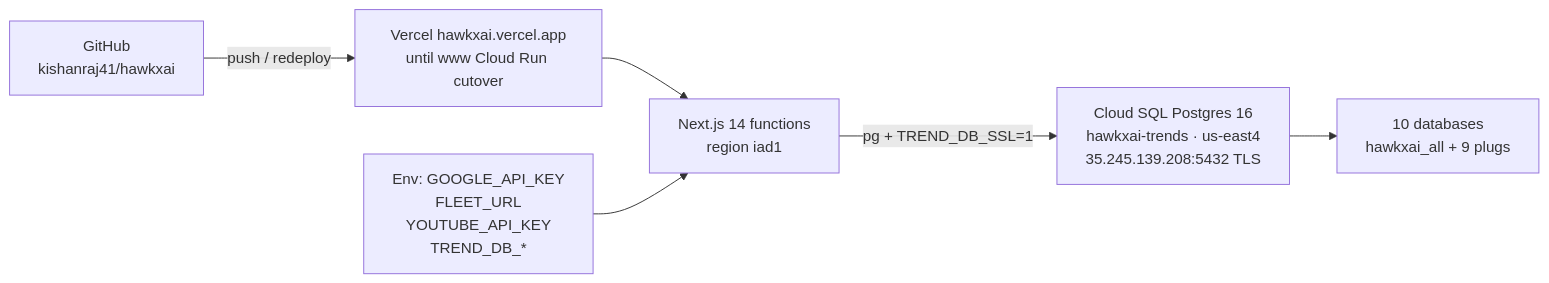
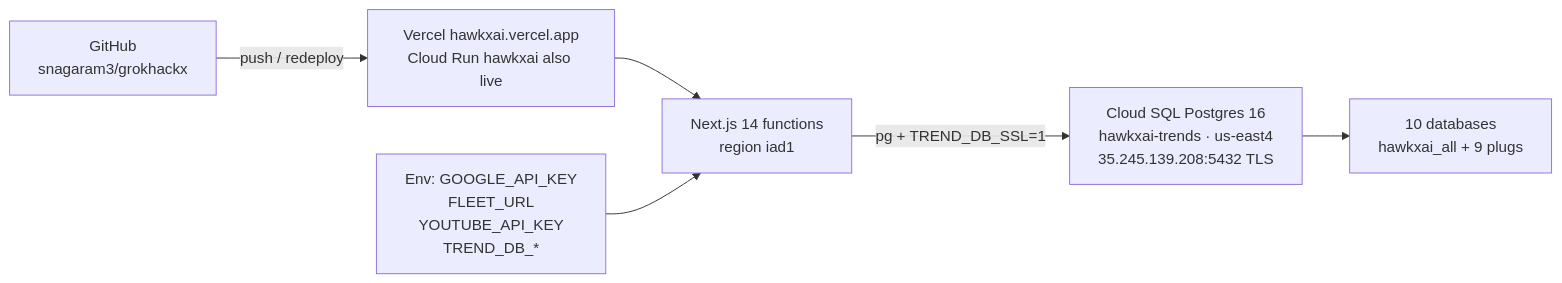
One commit to kishanraj41/hawkxai changed the first of 3 diagrams in docs/ARCHITECTURE.md. Above: the diagram before and after it, drawn with Mermaid. The commit also changed other lines of this file and 27 other files, not shown here.

First line of the commit message:
Point the integrate branch at snagaram3/grokhackx and Vercel, and keep the new desks.

````diff
--- a/docs/ARCHITECTURE.md
+++ b/docs/ARCHITECTURE.md
@@ -13,15 +13,15 @@
 ```mermaid
 flowchart LR
-  gh["GitHub<br/>kishanraj41/hawkxai"]
-  vercel["Vercel hawkxai.vercel.app<br/>until www Cloud Run cutover"]
+  gh["GitHub<br/>snagaram3/grokhackx"]
+  vercel["Vercel hawkxai.vercel.app<br/>Cloud Run hawkxai also live"]
   fn["Next.js 14 functions<br/>region iad1"]
   env["Env: GOOGLE_API_KEY<br/>FLEET_URL<br/>YOUTUBE_API_KEY<br/>TREND_DB_*"]
   sql["Cloud SQL Postgres 16<br/>hawkxai-trends · us-east4<br/>35.245.139.208:5432 TLS"]
   dbs["10 databases<br/>hawkxai_all + 9 plugs"]
 
   gh -->|push / redeploy| vercel
   vercel --> fn
   env --> fn
   fn -->|"pg + TREND_DB_SSL=1"| sql
   sql --> dbs
 ```
````
